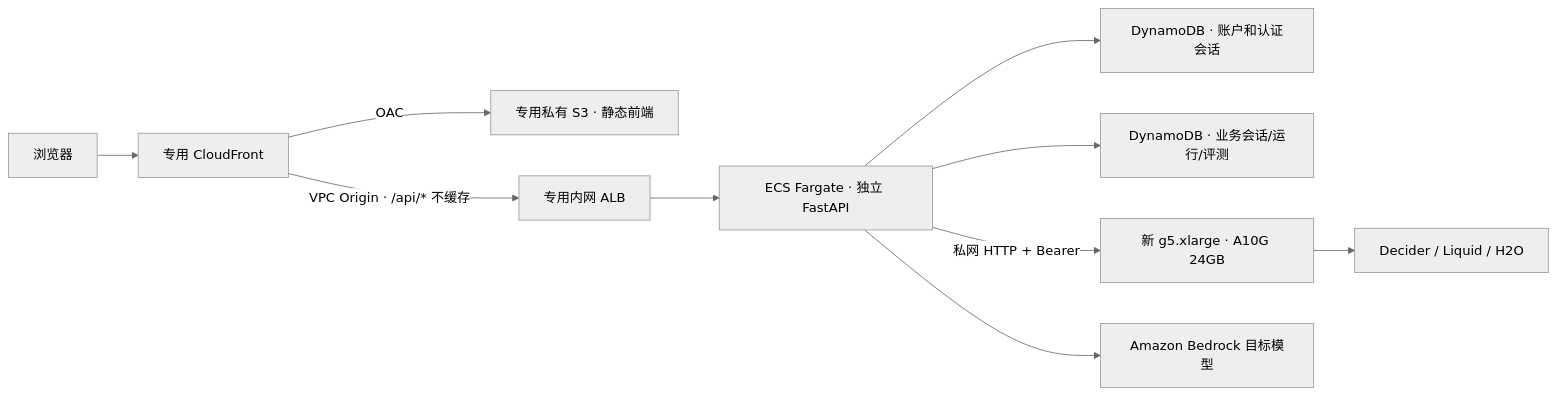
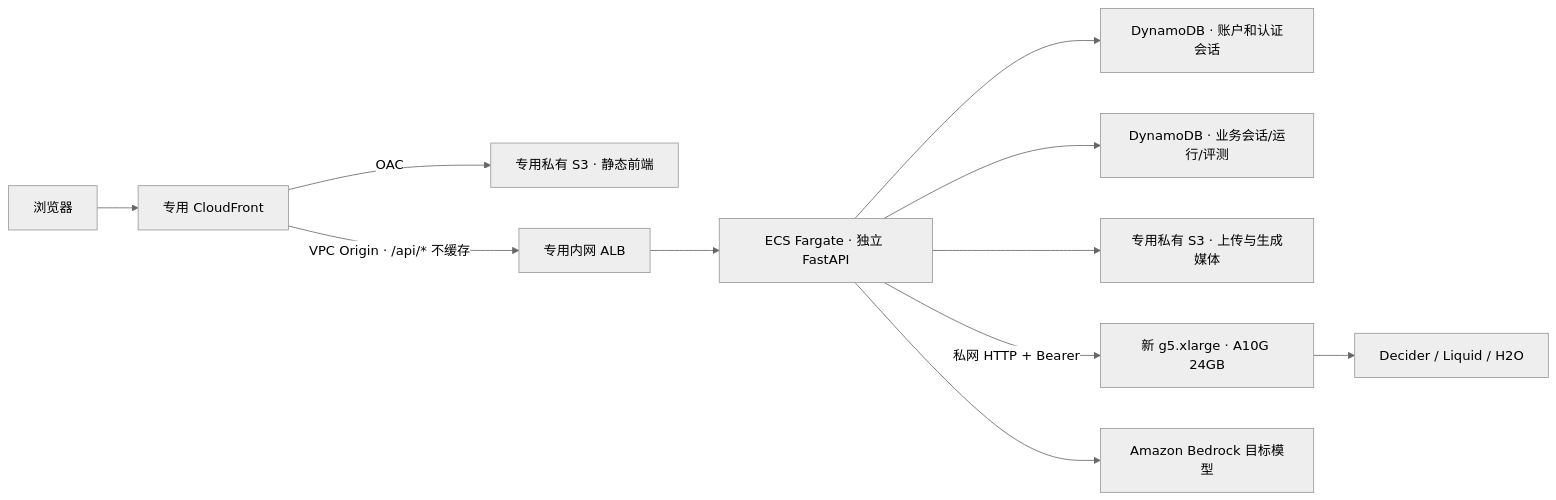
Before and after one commit to milan9527/DeciderModelRouter: the diagram in docs/INDEPENDENT_SERVICE.zh.md, drawn with Mermaid (neutral theme). The commit also changed other lines of this file and 61 other files, not shown here.

````diff
--- a/docs/INDEPENDENT_SERVICE.zh.md
+++ b/docs/INDEPENDENT_SERVICE.zh.md
@@ -9,12 +9,13 @@
 ```mermaid
 flowchart LR
     U[浏览器] --> CF[专用 CloudFront]
     CF -->|OAC| S3[专用私有 S3 · 静态前端]
     CF -->|VPC Origin · /api/* 不缓存| ALB[专用内网 ALB]
     ALB --> API[ECS Fargate · 独立 FastAPI]
     API --> AUTH[DynamoDB · 账户和认证会话]
     API --> DATA[DynamoDB · 业务会话/运行/评测]
+    API --> MEDIA[专用私有 S3 · 上传与生成媒体]
     API -->|私网 HTTP + Bearer| GPU[新 g5.xlarge · A10G 24GB]
     GPU --> D[Decider / Liquid / H2O]
     API --> BR[Amazon Bedrock 目标模型]
 ```
````
